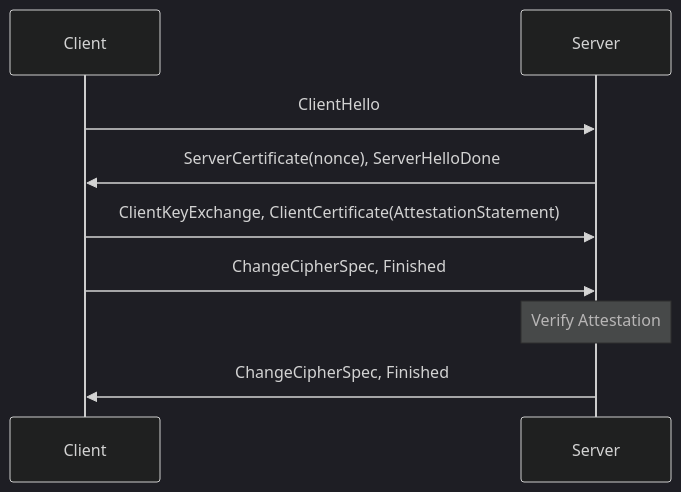
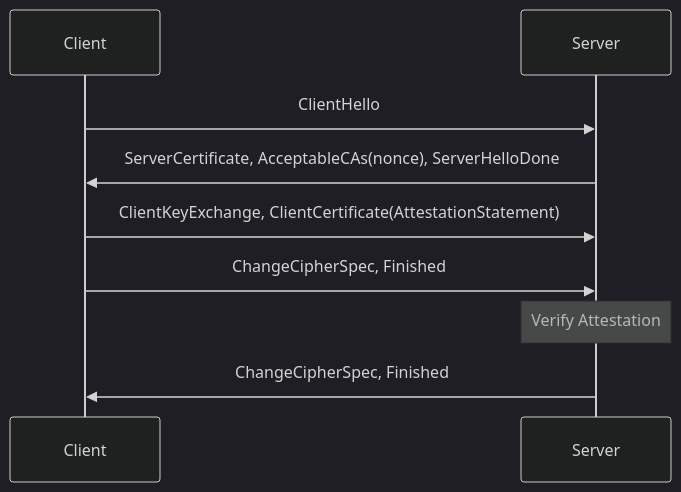
The second of 3 diagrams in internal/atls/README.md (edgelesssys/constellation), drawn with Mermaid (dark theme) before and after one commit. The commit also changed other lines of this file and 2 other files, not shown here.

Commit message:
atls: make client cfg reusable

````diff
--- a/internal/atls/README.md
+++ b/internal/atls/README.md
@@ -46,11 +46,11 @@
 ```mermaid
 sequenceDiagram
     participant Client
     participant Server
     Client->>Server: ClientHello
-    Server->>Client: ServerCertificate(nonce), ServerHelloDone
+    Server->>Client: ServerCertificate, AcceptableCAs(nonce), ServerHelloDone
     Client->>Server: ClientKeyExchange, ClientCertificate(AttestationStatement)
     Client->>Server: ChangeCipherSpec, Finished
     Note over Server: Verify Attestation
     Server->>Client: ChangeCipherSpec, Finished
 ```
````
